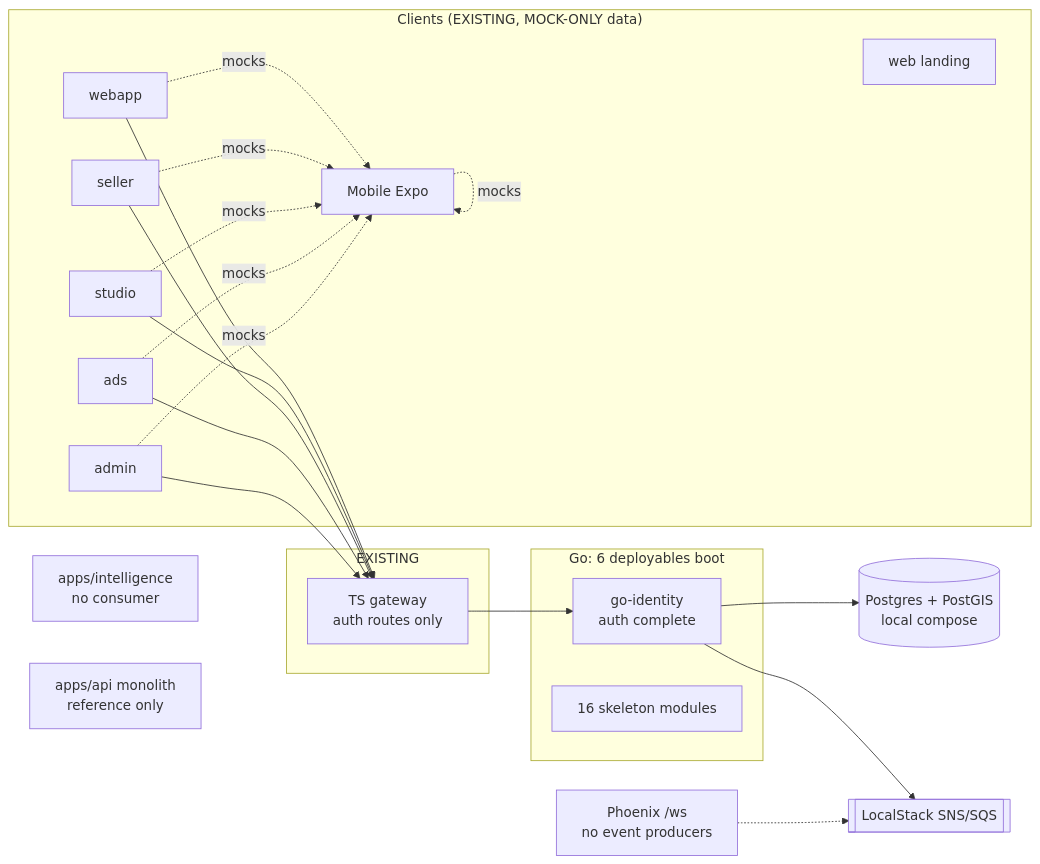
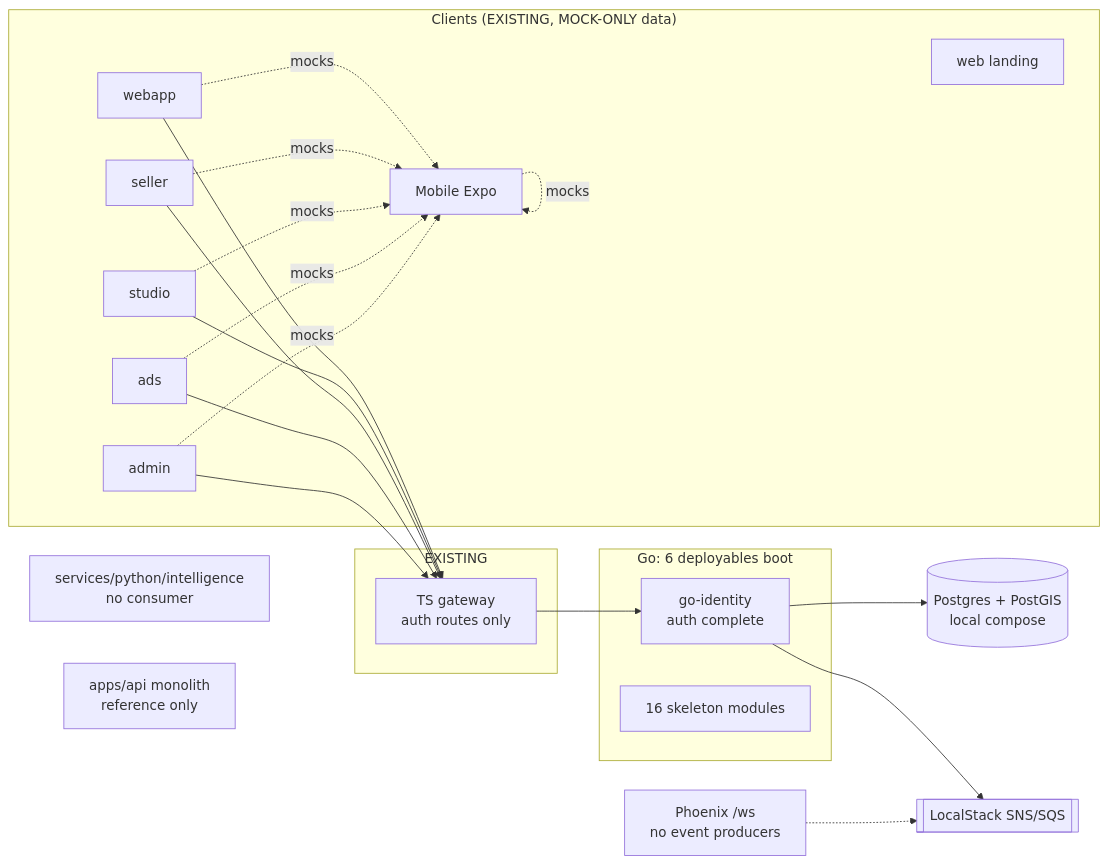
The diagram in docs/architecture/improvementReport.md (telente-technologies/nantty), drawn with Mermaid before and after one commit. The commit also changed 4 other files, not shown here.

Commit message:
docs(architecture): architecture and safety guides (2/4) [skip build]

````diff
--- a/docs/architecture/improvementReport.md
+++ b/docs/architecture/improvementReport.md
@@ -9,28 +9,28 @@
 ```mermaid
 flowchart LR
   subgraph Clients["Clients (EXISTING, MOCK-ONLY data)"]
     M[Mobile Expo]
     W[webapp]
     S[seller]
     ST[studio]
     AD[ads]
     AM[admin]
     L[web landing]
   end
   subgraph Edge["EXISTING"]
     G[TS gateway<br/>auth routes only]
   end
   subgraph Go["Go: 6 deployables boot"]
     ID[go-identity<br/>auth complete]
     SK[16 skeleton modules]
   end
   RT[Phoenix /ws<br/>no event producers]
-  PY[apps/intelligence<br/>no consumer]
+  PY[services/python/intelligence<br/>no consumer]
   PG[(Postgres + PostGIS<br/>local compose)]
   Q[[LocalStack SNS/SQS]]
   LEG[apps/api monolith<br/>reference only]
   M & W & S & ST & AD & AM -.mocks.-> M
   W & ST & S & AD & AM --> G --> ID --> PG
   ID --> Q
   RT -.-> Q
 ```
````
